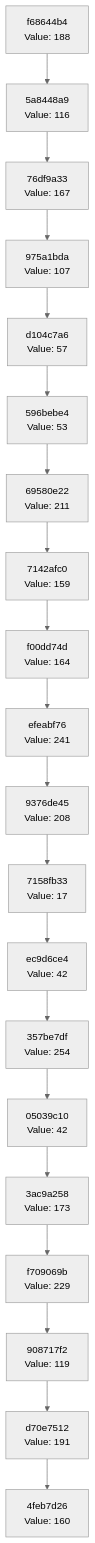
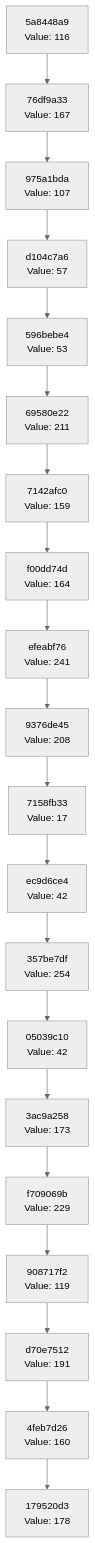
Before and after one commit to Abhisheksinha1506/hash-chain-evolver: the diagram in docs/CHAIN_VISUALIZATION.md, drawn with Mermaid (neutral theme). The commit also changed 3 other files, not shown here.

````diff
--- a/docs/CHAIN_VISUALIZATION.md
+++ b/docs/CHAIN_VISUALIZATION.md
@@ -3,42 +3,42 @@
 ```mermaid
 graph TD
-    C0["4feb7d26<br/>Value: 160"]
-    C1["d70e7512<br/>Value: 191"]
+    C0["179520d3<br/>Value: 178"]
+    C1["4feb7d26<br/>Value: 160"]
     C1 --> C0
-    C2["908717f2<br/>Value: 119"]
+    C2["d70e7512<br/>Value: 191"]
     C2 --> C1
-    C3["f709069b<br/>Value: 229"]
+    C3["908717f2<br/>Value: 119"]
     C3 --> C2
-    C4["3ac9a258<br/>Value: 173"]
+    C4["f709069b<br/>Value: 229"]
     C4 --> C3
-    C5["05039c10<br/>Value: 42"]
+    C5["3ac9a258<br/>Value: 173"]
     C5 --> C4
-    C6["357be7df<br/>Value: 254"]
+    C6["05039c10<br/>Value: 42"]
     C6 --> C5
-    C7["ec9d6ce4<br/>Value: 42"]
+    C7["357be7df<br/>Value: 254"]
     C7 --> C6
-    C8["7158fb33<br/>Value: 17"]
+    C8["ec9d6ce4<br/>Value: 42"]
     C8 --> C7
-    C9["9376de45<br/>Value: 208"]
+    C9["7158fb33<br/>Value: 17"]
     C9 --> C8
-    C10["efeabf76<br/>Value: 241"]
+    C10["9376de45<br/>Value: 208"]
     C10 --> C9
-    C11["f00dd74d<br/>Value: 164"]
+    C11["efeabf76<br/>Value: 241"]
     C11 --> C10
-    C12["7142afc0<br/>Value: 159"]
+    C12["f00dd74d<br/>Value: 164"]
     C12 --> C11
-    C13["69580e22<br/>Value: 211"]
+    C13["7142afc0<br/>Value: 159"]
     C13 --> C12
-    C14["596bebe4<br/>Value: 53"]
+    C14["69580e22<br/>Value: 211"]
     C14 --> C13
-    C15["d104c7a6<br/>Value: 57"]
+    C15["596bebe4<br/>Value: 53"]
     C15 --> C14
-    C16["975a1bda<br/>Value: 107"]
+    C16["d104c7a6<br/>Value: 57"]
     C16 --> C15
-    C17["76df9a33<br/>Value: 167"]
+    C17["975a1bda<br/>Value: 107"]
     C17 --> C16
-    C18["5a8448a9<br/>Value: 116"]
+    C18["76df9a33<br/>Value: 167"]
     C18 --> C17
-    C19["f68644b4<br/>Value: 188"]
+    C19["5a8448a9<br/>Value: 116"]
     C19 --> C18
 ```
````
